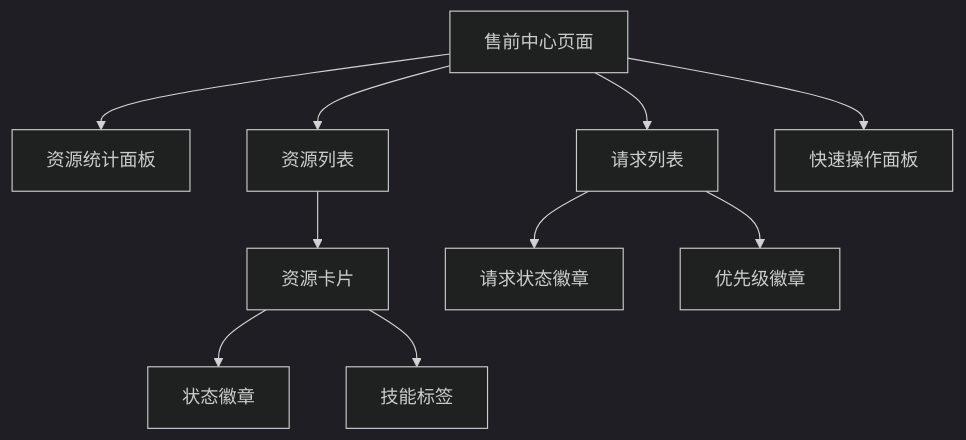
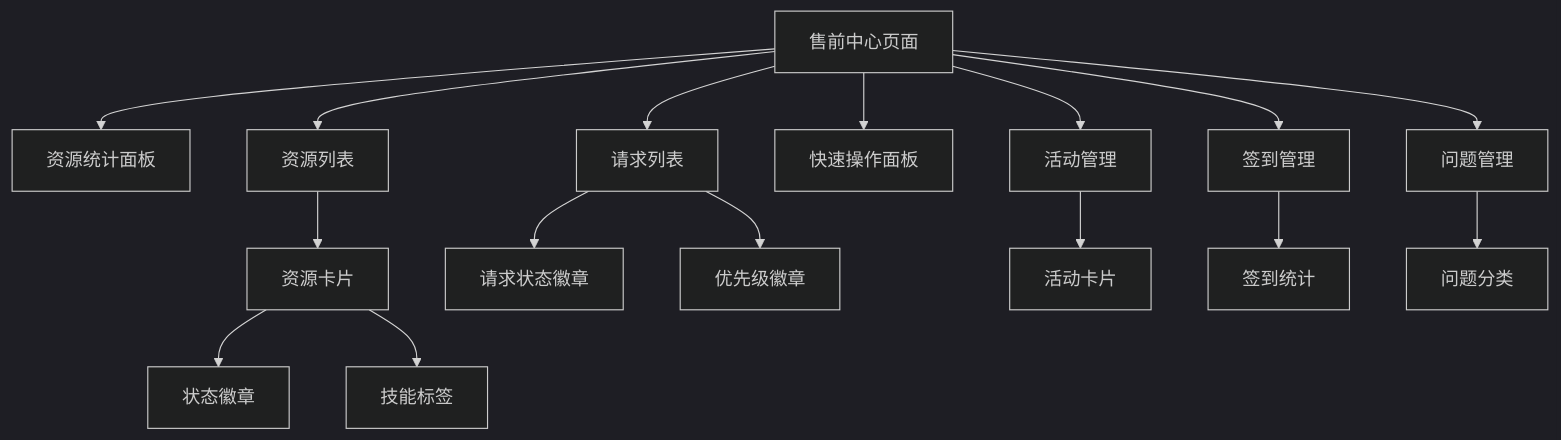
Diagram 11 of 11 in .qoder/repowiki/zh/content/Presales Controller.md (xianjianshenqu/SalesFlow-CRM), drawn with Mermaid (dark theme) before and after one commit. The commit also changed other lines of this file and 5 other files, not shown here.

````diff
--- a/.qoder/repowiki/zh/content/Presales Controller.md
+++ b/.qoder/repowiki/zh/content/Presales Controller.md
@@ -379,12 +629,18 @@
 ```mermaid
 graph TB
 PS[售前中心页面] --> RS[资源统计面板]
 PS --> RL[资源列表]
 PS --> SL[请求列表]
 PS --> QA[快速操作面板]
+PS --> AM[活动管理]
+PS --> SI[签到管理]
+PS --> QM[问题管理]
 RL --> RC[资源卡片]
 RC --> SB[状态徽章]
 RC --> SK[技能标签]
 SL --> RB[请求状态徽章]
 SL --> PB[优先级徽章]
+AM --> AC[活动卡片]
+SI --> SC[签到统计]
+QM --> QC[问题分类]
 ```
````
